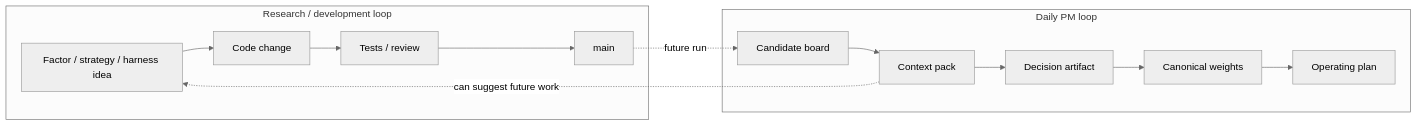
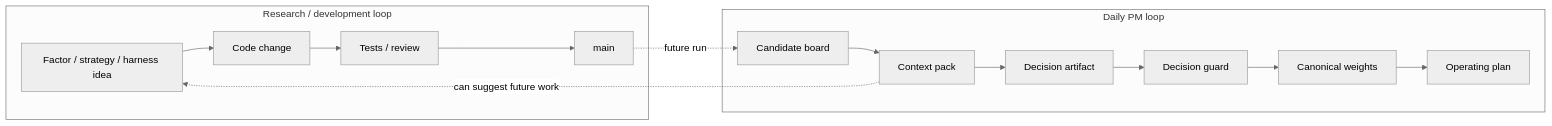
One commit to Svyable/Svyable_Strategies changed the third of 3 diagrams in README.md. Above: the diagram before and after it, drawn with Mermaid (neutral theme). The commit also changed other lines of this file, not shown here.

Commit message:
docs(agent): add decision guard to operating flow

````diff
--- a/README.md
+++ b/README.md
@@ -134,13 +138,13 @@
 ```mermaid
 flowchart LR
     subgraph DEV["Research / development loop"]
         IDEA["Factor / strategy / harness idea"] --> CHANGE["Code change"] --> TEST["Tests / review"] --> MAIN["main"]
     end
 
     subgraph DAILY["Daily PM loop"]
-        BOARD["Candidate board"] --> PACK["Context pack"] --> CHOICE["Decision artifact"] --> CANON["Canonical weights"] --> PLAN["Operating plan"]
+        BOARD["Candidate board"] --> PACK["Context pack"] --> CHOICE["Decision artifact"] --> GUARD["Decision guard"] --> CANON["Canonical weights"] --> PLAN["Operating plan"]
     end
 
     MAIN -. "future run" .-> BOARD
     PACK -. "can suggest future work" .-> IDEA
 ```
````
